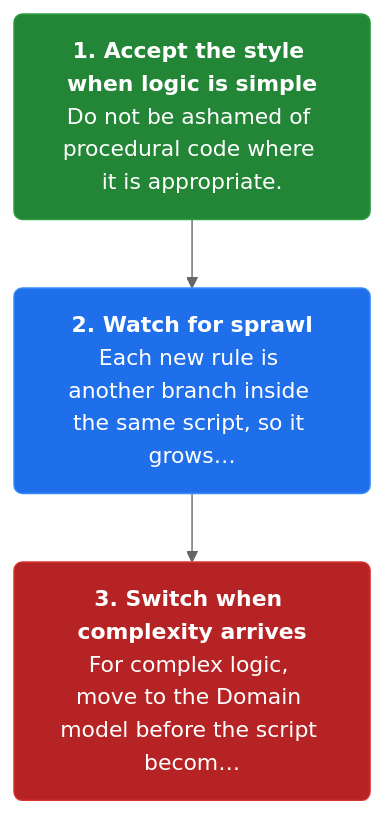
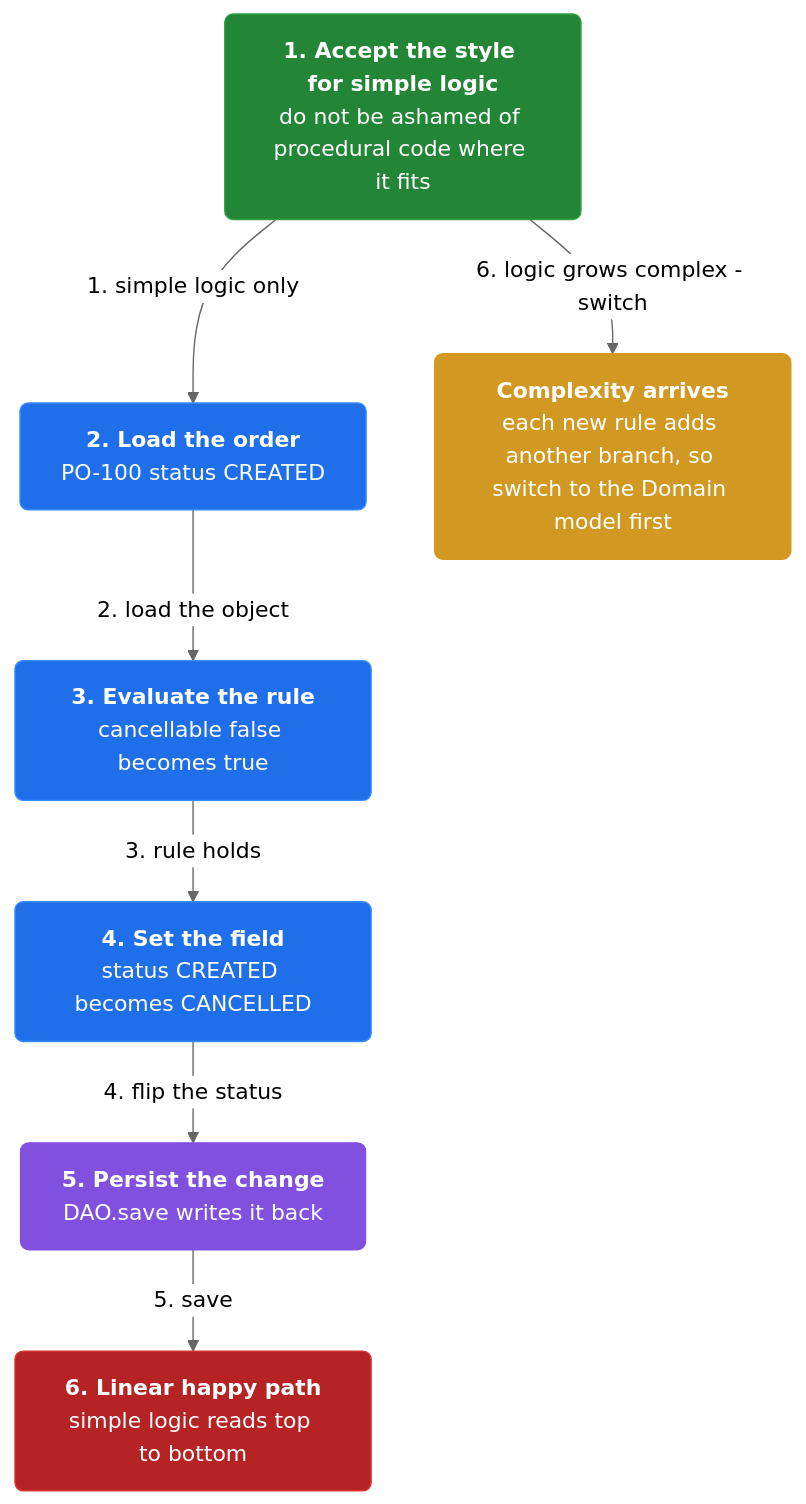
One commit to vinayakuber/microservices-io-study-guide changed the third of 3 diagrams in docs/ch20-transaction-script.md. Above: the diagram before and after it, drawn with Mermaid (neutral theme). The commit also changed other lines of this file and 46 other files, not shown here.

First line of the commit message:
Author rich branching flow diagrams for all 44 chapters

````diff
--- a/docs/ch20-transaction-script.md
+++ b/docs/ch20-transaction-script.md
@@ -84,11 +104,21 @@
 ```mermaid
 flowchart TD
-  classDef step fill:#1f6feb,color:#ffffff,stroke:#388bfd,stroke-width:1px,rx:6
+  classDef step fill:#1f6feb,color:#ffffff,stroke:#388bfd,rx:6
+  classDef core fill:#8250df,color:#ffffff,stroke:#8250df,rx:6
+  classDef warn fill:#d29922,color:#ffffff,stroke:#d29922,rx:6
   classDef start fill:#238636,color:#ffffff,stroke:#2ea043,rx:6
   classDef stop fill:#b62324,color:#ffffff,stroke:#da3633,rx:6
-  s2n0["<b>1. Accept the style when logic is simple</b><br/>Do not be ashamed of procedural code where it is appropriate."]:::start
-  s2n1["<b>2. Watch for sprawl</b><br/>Each new rule is another branch inside the same script, so it grows…"]:::step
-  s2n2["<b>3. Switch when complexity arrives</b><br/>For complex logic, move to the Domain model before the script becom…"]:::stop
-  s2n0 --> s2n1
-  s2n1 --> s2n2
+  n0["<b>1. Accept the style for simple logic</b><br/>do not be ashamed of procedural code where it fits"]:::start
+  n1["<b>2. Load the order</b><br/>PO-100 status CREATED"]:::step
+  n2["<b>3. Evaluate the rule</b><br/>cancellable false becomes true"]:::step
+  n3["<b>4. Set the field</b><br/>status CREATED becomes CANCELLED"]:::step
+  n4["<b>5. Persist the change</b><br/>DAO.save writes it back"]:::core
+  n5["<b>6. Linear happy path</b><br/>simple logic reads top to bottom"]:::stop
+  n6["<b>Complexity arrives</b><br/>each new rule adds another branch, so switch to the Domain model first"]:::warn
+  n0 -->|"1. simple logic only"| n1
+  n1 -->|"2. load the object"| n2
+  n2 -->|"3. rule holds"| n3
+  n3 -->|"4. flip the status"| n4
+  n4 -->|"5. save"| n5
+  n0 -->|"6. logic grows complex - switch"| n6
 ```
````
